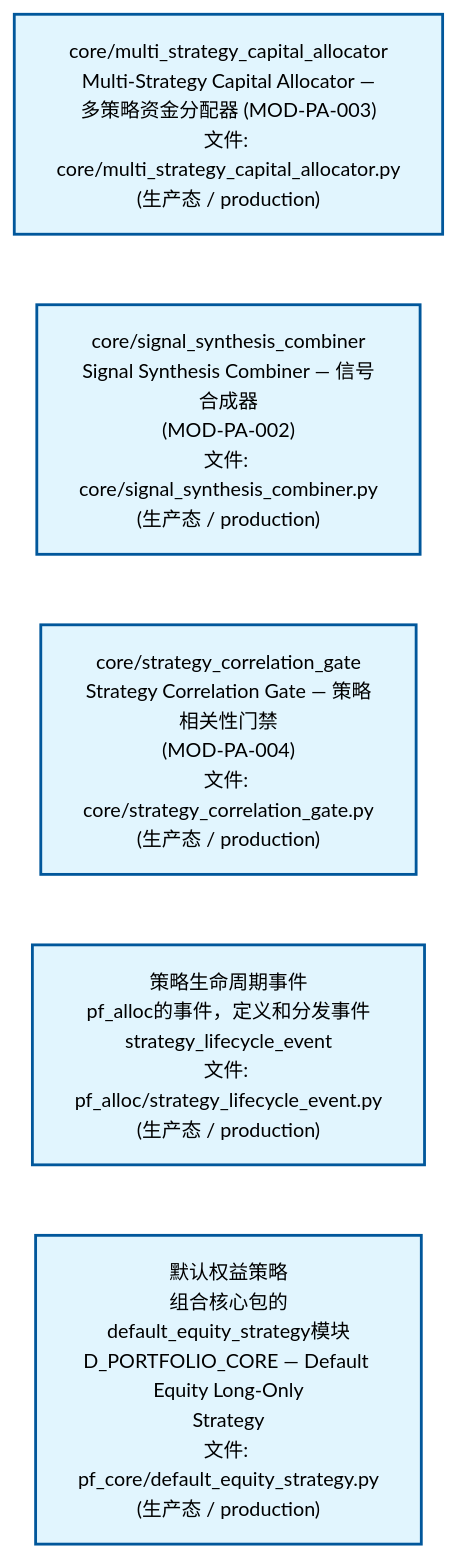
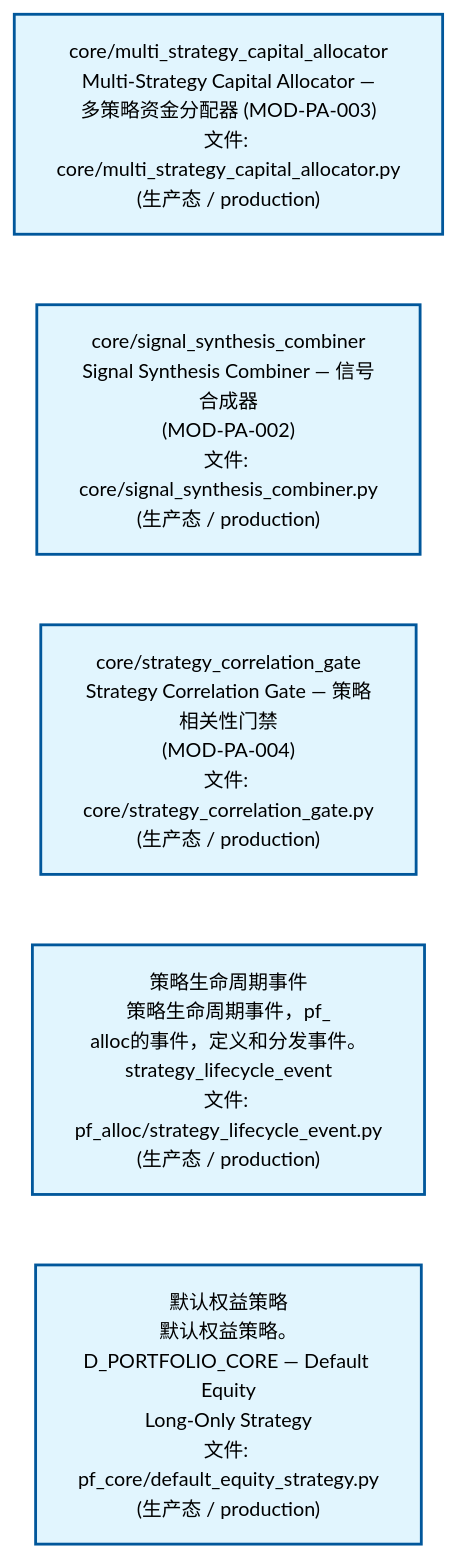
The second of 4 diagrams in docs/02_enterprise_architecture/02_domain_architecture_docs/62_d_pf_alloc.md (xuanFelixVan/ZephyrAlpha), drawn with Mermaid before and after one commit. The commit also changed other lines of this file and 58 other files, not shown here.

````diff
--- a/docs/02_enterprise_architecture/02_domain_architecture_docs/62_d_pf_alloc.md
+++ b/docs/02_enterprise_architecture/02_domain_architecture_docs/62_d_pf_alloc.md
@@ -98,18 +92,18 @@
 ```mermaid
 %%{init: {'theme': 'base', 'themeVariables': {'primaryColor': '#eaeaea', 'primaryTextColor': '#333333', 'primaryBorderColor': '#666666', 'lineColor': '#666666', 'secondaryColor': '#eaeaea', 'tertiaryColor': '#eaeaea', 'fontSize': '14px'}}}%%
 flowchart TD
     src_zephyr_pf_alloc_core_multi_strategy_capital_allocator_py["core/multi_strategy_capital_allocator<br/>Multi-Strategy Capital Allocator —<br/>多策略资金分配器 (MOD-PA-003)<br/>文件: core/multi_strategy_capital_allocator.py<br/>(生产态 / production)"]
     src_zephyr_pf_alloc_core_signal_synthesis_combiner_py["core/signal_synthesis_combiner<br/>Signal Synthesis Combiner — 信号合成器<br/>(MOD-PA-002)<br/>文件: core/signal_synthesis_combiner.py<br/>(生产态 / production)"]
     src_zephyr_pf_alloc_core_strategy_correlation_gate_py["core/strategy_correlation_gate<br/>Strategy Correlation Gate — 策略相关性门禁<br/>(MOD-PA-004)<br/>文件: core/strategy_correlation_gate.py<br/>(生产态 / production)"]
-    src_zephyr_pf_alloc_strategy_lifecycle_event_py["策略生命周期事件<br/>pf_alloc的事件，定义和分发事件<br/>strategy_lifecycle_event<br/>文件: pf_alloc/strategy_lifecycle_event.py<br/>(生产态 / production)"]
-    src_zephyr_pf_core_default_equity_strategy_py["默认权益策略<br/>组合核心包的default_equity_strategy模块<br/>D_PORTFOLIO_CORE — Default Equity Long-Only<br/>Strategy<br/>文件: pf_core/default_equity_strategy.py<br/>(生产态 / production)"]
+    src_zephyr_pf_alloc_strategy_lifecycle_event_py["策略生命周期事件<br/>策略生命周期事件，pf_<br/>alloc的事件，定义和分发事件。<br/>strategy_lifecycle_event<br/>文件: pf_alloc/strategy_lifecycle_event.py<br/>(生产态 / production)"]
+    src_zephyr_pf_core_default_equity_strategy_py["默认权益策略<br/>默认权益策略。D_PORTFOLIO_CORE — Default Equity<br/>Long-Only Strategy<br/>文件: pf_core/default_equity_strategy.py<br/>(生产态 / production)"]
     src_zephyr_pf_alloc_core_multi_strategy_capital_allocator_py ~~~ src_zephyr_pf_alloc_core_signal_synthesis_combiner_py
     src_zephyr_pf_alloc_core_signal_synthesis_combiner_py ~~~ src_zephyr_pf_alloc_core_strategy_correlation_gate_py
     src_zephyr_pf_alloc_core_strategy_correlation_gate_py ~~~ src_zephyr_pf_alloc_strategy_lifecycle_event_py
     src_zephyr_pf_alloc_strategy_lifecycle_event_py ~~~ src_zephyr_pf_core_default_equity_strategy_py
     classDef production fill:#e1f5fe,stroke:#01579b,stroke-width:2px,color:#000
     classDef design fill:#fff3e0,stroke:#e65100,stroke-width:2px,color:#000,stroke-dasharray: 5 5
     classDef external_prod fill:#e8f4fd,stroke:#0277bd,stroke-width:1px,color:#000
     classDef external_design fill:#fff8e7,stroke:#ef6c00,stroke-width:1px,color:#000,stroke-dasharray: 5 5
     class src_zephyr_pf_alloc_core_multi_strategy_capital_allocator_py,src_zephyr_pf_alloc_core_signal_synthesis_combiner_py,src_zephyr_pf_alloc_core_strategy_correlation_gate_py,src_zephyr_pf_alloc_strategy_lifecycle_event_py,src_zephyr_pf_core_default_equity_strategy_py production
 ```
````
